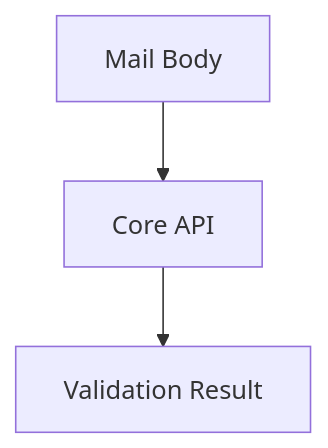
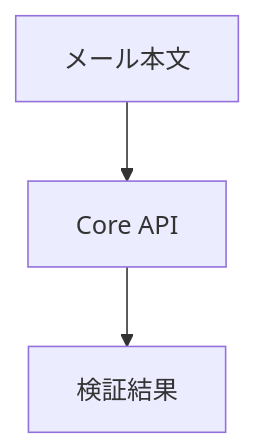
Before and after one commit to stein2nd/docs-linter: diagram 18 of 34 in docsMod/core_api.md, drawn with Mermaid. The commit also changed other lines of this file, not shown here.

````diff
--- a/docsMod/core_api.md
+++ b/docsMod/core_api.md
@@ -2138,5 +2138,5 @@
 ```mermaid
 flowchart TD
-  A["Mail Body"] --> B["Core API"]
-  B --> C["Validation Result"]
+  A["メール本文"] --> B["Core API"]
+  B --> C["検証結果"]
 ```
````
